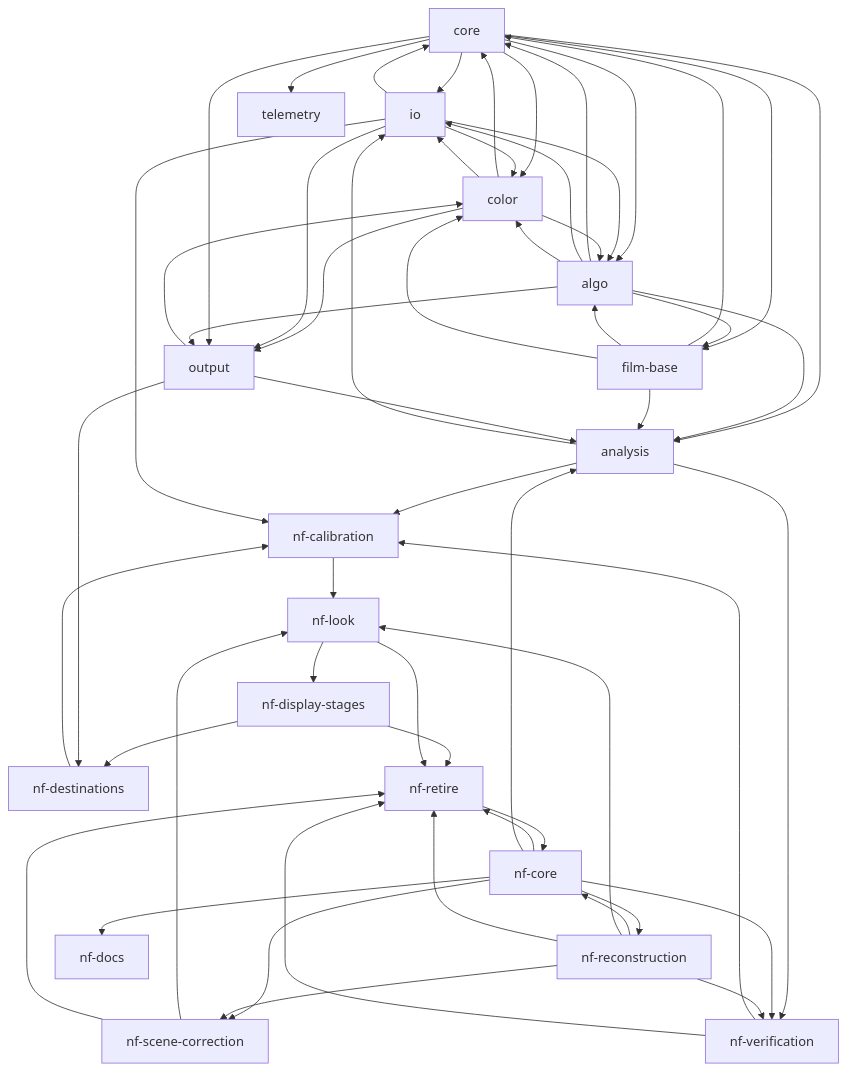
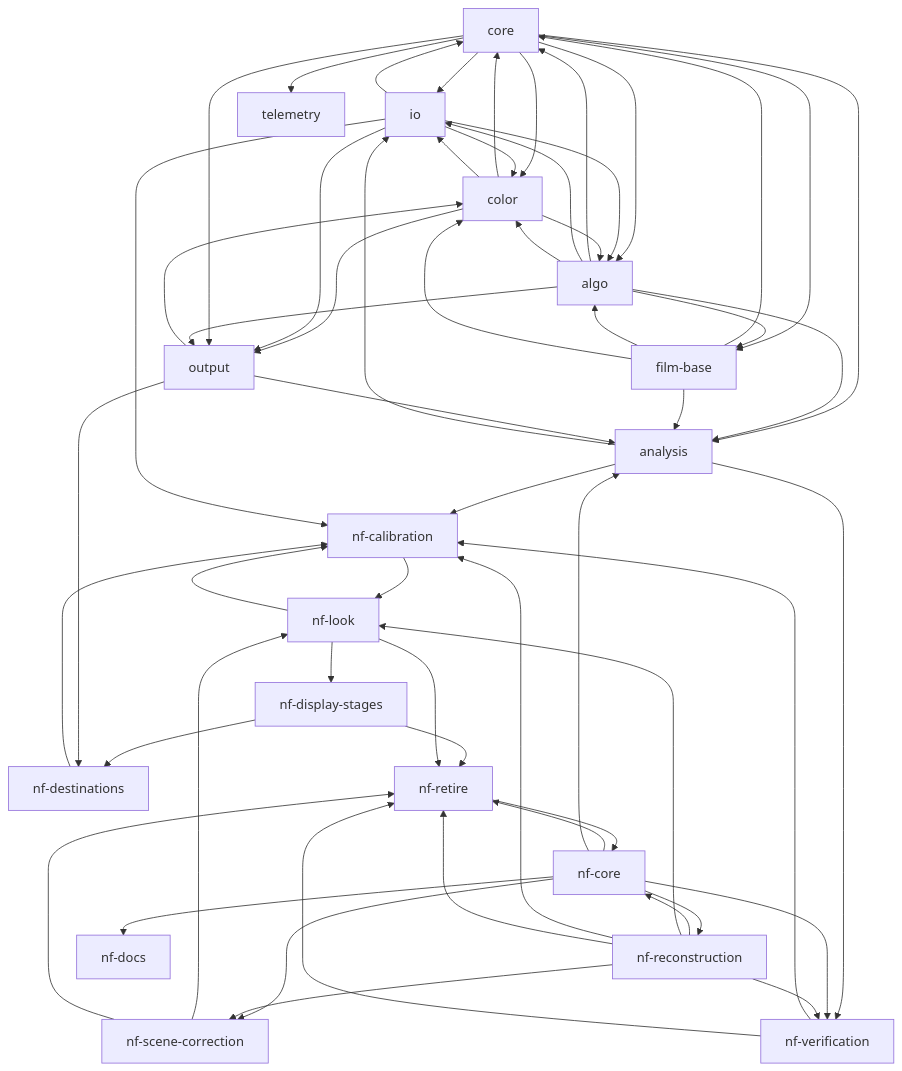
Before and after one commit to lix42/hanten: the first of 2 diagrams in docs/TASKS.md, drawn with Mermaid. The commit also changed other lines of this file and 30 other files, not shown here.

````diff
--- a/docs/TASKS.md
+++ b/docs/TASKS.md
@@ -99,75 +99,77 @@
 ```mermaid
 graph TD
   core
   io
   film-base
   algo
   color
   output
   telemetry
   analysis
   nf-core
   nf-reconstruction
   nf-scene-correction
   nf-look
   nf-display-stages
   nf-destinations
   nf-calibration
   nf-verification
   nf-retire
   nf-docs
   core --> io
   core --> color
   core --> film-base
   core --> algo
   io --> core
   color --> core
   film-base --> core
   algo --> core
   analysis --> io
   core --> analysis
   core --> telemetry
   algo --> analysis
   film-base --> analysis
   algo --> film-base
   io --> color
   io --> algo
   film-base --> algo
   color --> algo
   algo --> io
   algo --> color
   film-base --> color
   color --> output
   color --> io
   output --> color
   io --> output
   core --> output
   algo --> output
   output --> analysis
   nf-reconstruction --> nf-core
   nf-retire --> nf-core
   nf-core --> nf-reconstruction
   nf-core --> nf-scene-correction
   nf-reconstruction --> nf-scene-correction
   nf-scene-correction --> nf-look
   nf-reconstruction --> nf-look
   nf-look --> nf-display-stages
   nf-display-stages --> nf-destinations
   output --> nf-destinations
   nf-destinations --> nf-calibration
   nf-verification --> nf-calibration
   analysis --> nf-calibration
   io --> nf-calibration
+  nf-look --> nf-calibration
+  nf-reconstruction --> nf-calibration
   nf-calibration --> nf-look
   analysis --> nf-verification
   nf-core --> nf-verification
   nf-reconstruction --> nf-verification
   nf-core --> nf-retire
   nf-verification --> nf-retire
   nf-display-stages --> nf-retire
   nf-reconstruction --> nf-retire
   nf-look --> nf-retire
   nf-scene-correction --> nf-retire
   nf-core --> nf-docs
   nf-core --> analysis
 ```
````
